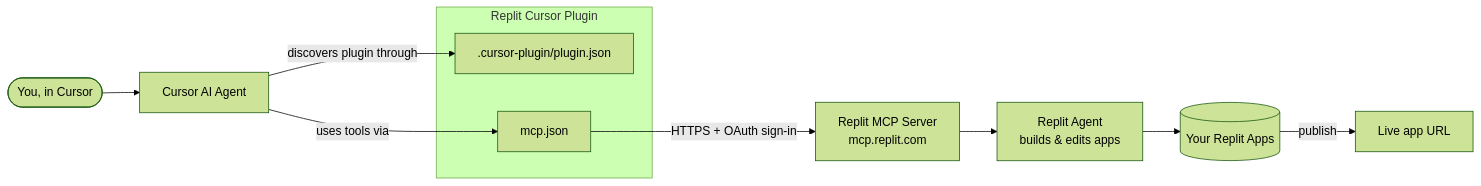
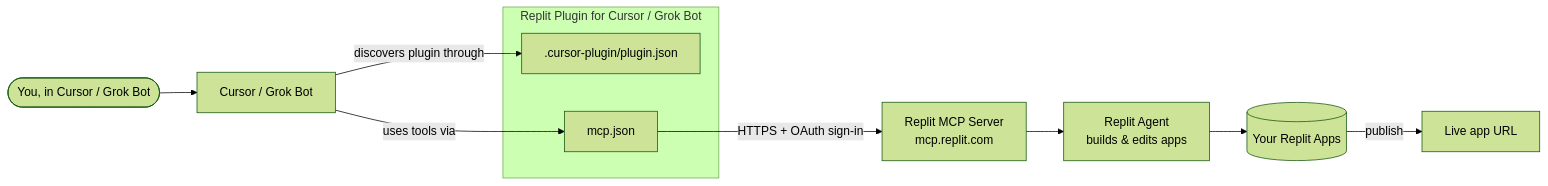
One commit to replit/replit-cursor-plugin changed the diagram in architecture.md. Above: the diagram before and after it, drawn with Mermaid (forest theme). The commit also changed other lines of this file and 2 other files, not shown here.

Commit message:
docs: include Grok Bot in plugin scope

````diff
--- a/architecture.md
+++ b/architecture.md
@@ -3,16 +5,16 @@
 ```mermaid
 flowchart LR
-    User([You, in Cursor]) --> Agent[Cursor AI Agent]
+    User([You, in Cursor / Grok Bot]) --> Agent[Cursor / Grok Bot]
 
-    subgraph Plugin[Replit Cursor Plugin]
+    subgraph Plugin[Replit Plugin for Cursor / Grok Bot]
         Manifest[.cursor-plugin/plugin.json]
         MCPConfig[mcp.json]
     end
 
     Agent -- discovers plugin through --> Manifest
     Agent -- uses tools via --> MCPConfig
     MCPConfig -- HTTPS + OAuth sign-in --> ReplitMCP[Replit MCP Server<br/>mcp.replit.com]
     ReplitMCP --> ReplitAgent[Replit Agent<br/>builds & edits apps]
     ReplitAgent --> Apps[(Your Replit Apps)]
     Apps -- publish --> Live[Live app URL]
 ```
````
